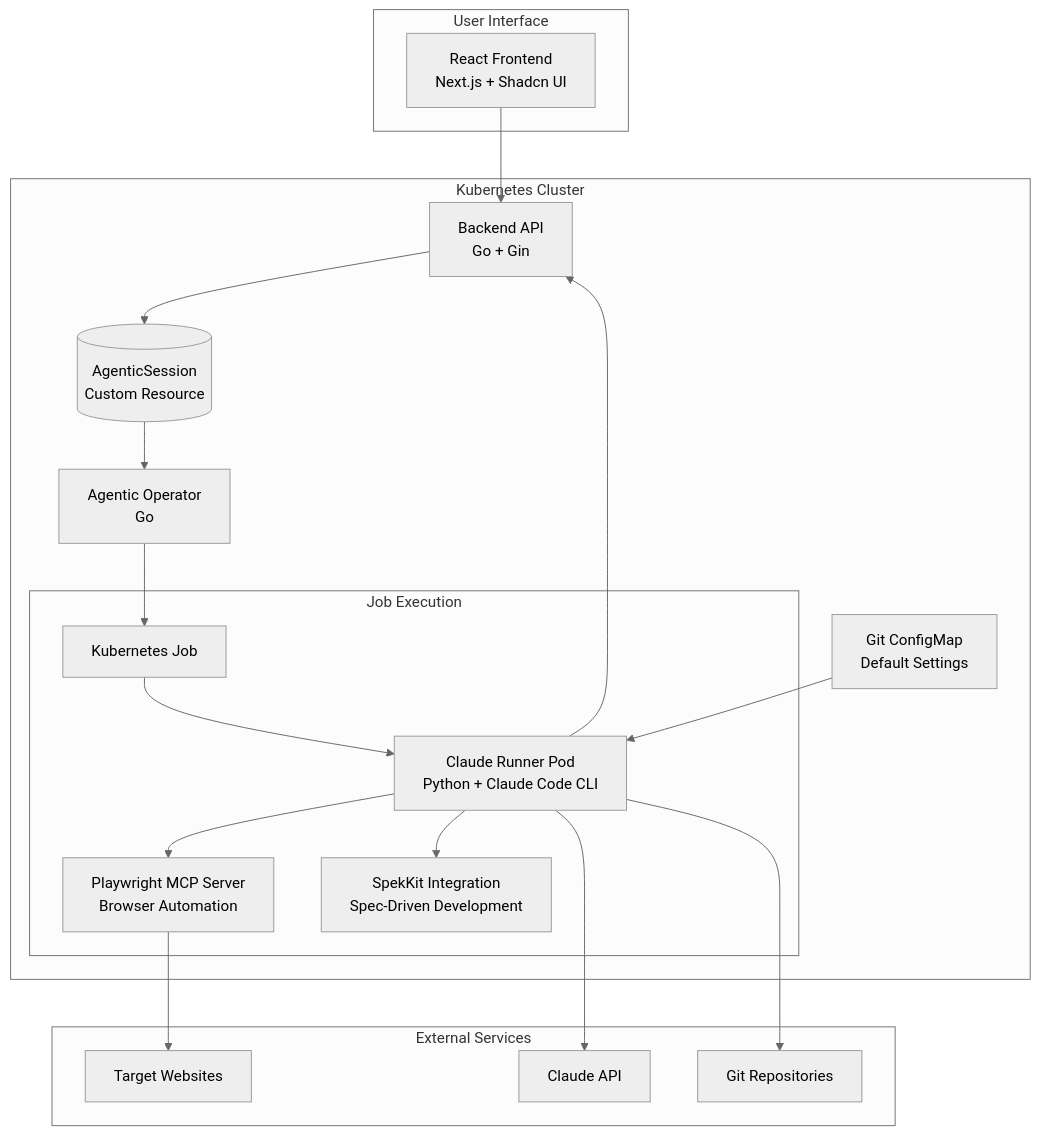
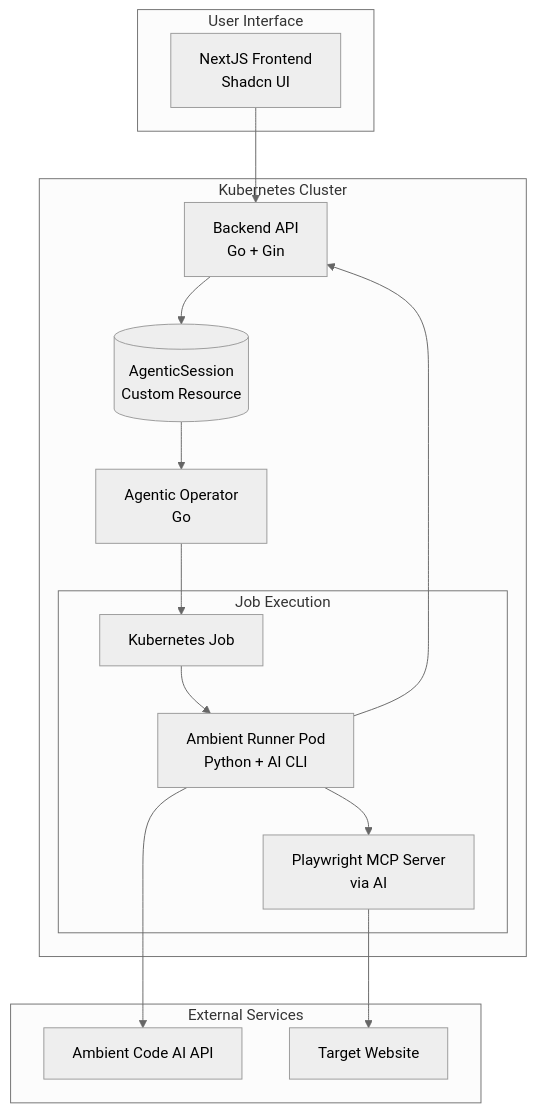
Before and after one commit to sbekkerm/vTeam: the diagram in components/README.md, drawn with Mermaid (neutral theme). The commit also changed other lines of this file and 138 other files, not shown here.

````diff
--- a/components/README.md
+++ b/components/README.md
@@ -17,39 +17,33 @@
 ```mermaid
 graph TB
     subgraph "User Interface"
-        UI[React Frontend<br/>Next.js + Shadcn UI]
+        UI[NextJS Frontend<br/>Shadcn UI]
     end
-
+    
     subgraph "Kubernetes Cluster"
         API[Backend API<br/>Go + Gin]
         OP[Agentic Operator<br/>Go]
         CR[(AgenticSession<br/>Custom Resource)]
-        CM[Git ConfigMap<br/>Default Settings]
-
+        
         subgraph "Job Execution"
             JOB[Kubernetes Job]
-            POD[Claude Runner Pod<br/>Python + Claude Code CLI]
-            MCP[Playwright MCP Server<br/>Browser Automation]
-            SPEK[SpekKit Integration<br/>Spec-Driven Development]
+            POD[Ambient Runner Pod<br/>Python + AI CLI]
+            MCP[Playwright MCP Server<br/>via AI]
         end
     end
-
+    
     subgraph "External Services"
-        CLAUDE[Claude API]
-        WEB[Target Websites]
-        GIT[Git Repositories]
+        AMBIENT[Ambient Code AI API]
+        WEB[Target Website]
     end
-
+    
     UI --> API
     API --> CR
     CR --> OP
     OP --> JOB
     JOB --> POD
     POD --> MCP
-    POD --> SPEK
-    POD --> CLAUDE
-    POD --> GIT
+    POD --> AMBIENT
     MCP --> WEB
     POD --> API
-    CM --> POD
 ```
````
